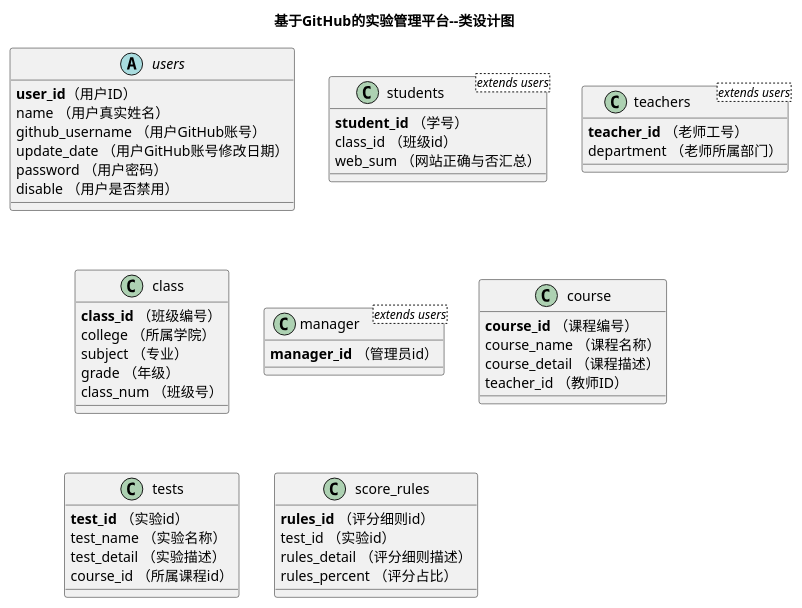
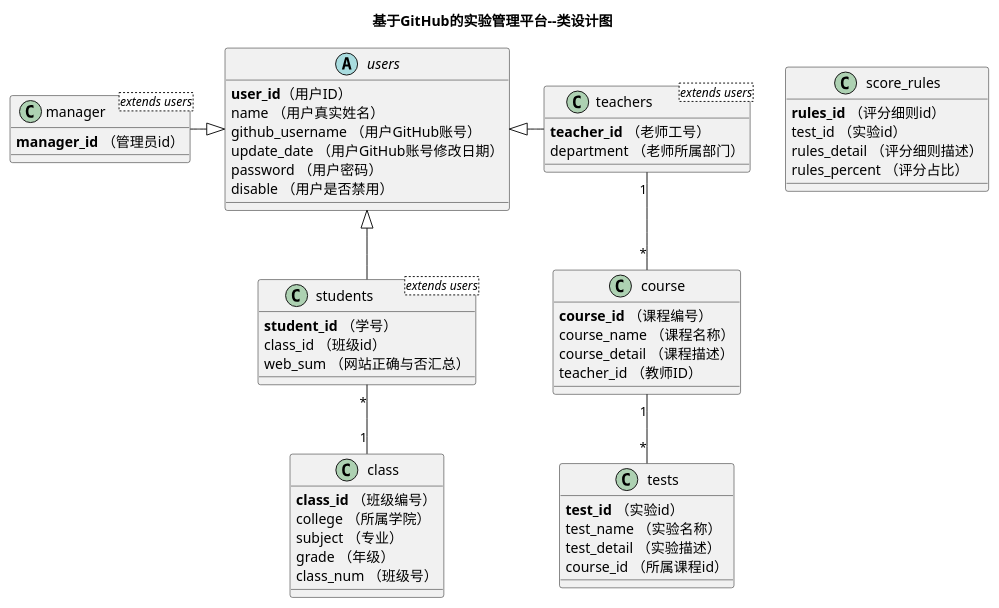
The diagram in test6/puml/SystemClass.puml (YYttaa/is_analysis-2), drawn with PlantUML before and after one commit.

Commit message:
实验五

```diff
--- a/test6/puml/SystemClass.puml
+++ b/test6/puml/SystemClass.puml
@@ -1,56 +1,63 @@
 @startuml
 title 基于GitHub的实验管理平台--类设计图
 abstract class users{
     <b>user_id</b>（用户ID）
     name （用户真实姓名）
     github_username （用户GitHub账号）
     update_date （用户GitHub账号修改日期）
     password （用户密码）
     disable （用户是否禁用）
  }
 
  class students<extends users>{
     <b>student_id</b> （学号）
     class_id （班级id）
     web_sum （网站正确与否汇总）
  }
 
  class teachers<extends users>{
      <b>teacher_id</b> （老师工号）
      department （老师所属部门）
  }
 
  class class{
     <b>class_id</b> （班级编号）
     college （所属学院）
     subject （专业）
     grade （年级）
     class_num （班级号）
  }
 
  class manager<extends users>{
     <b>manager_id</b> （管理员id）
  }
 
 class course{
     <b>course_id</b> （课程编号）
     course_name （课程名称）
     course_detail （课程描述）
     teacher_id （教师ID）
 }
 
 class tests{
     <b>test_id</b> （实验id）
     test_name （实验名称）
     test_detail （实验描述）
     course_id （所属课程id）
 }
 
 class score_rules{
     <b>rules_id</b> （评分细则id）
     test_id （实验id）
     rules_detail （评分细则描述）
     rules_percent （评分占比）
 }
+users <|-down- students
+users <|-right- teachers
+users <|-left- manager
+students "*"--"1"class
+teachers "1"--"*" course
+course "1" --"*"tests
+
 
 @enduml
```
